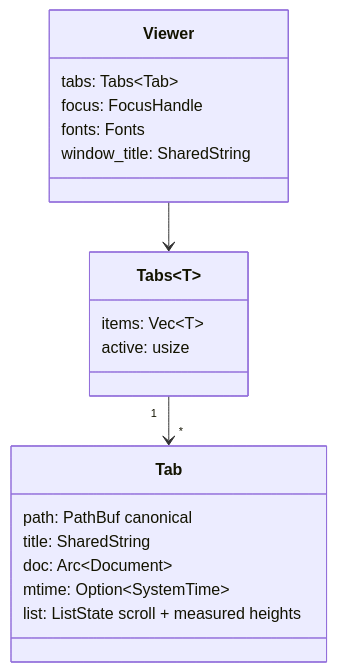
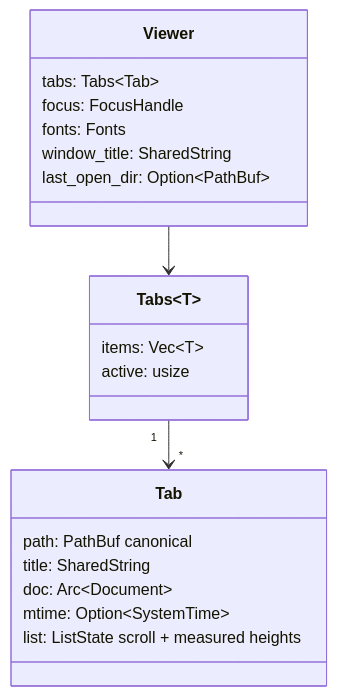
The third of 6 diagrams in docs/architecture.md (JorgeAgar/markdown-viewer-zed), drawn with Mermaid before and after one commit. The commit also changed other lines of this file and 9 other files, not shown here.

````diff
--- a/docs/architecture.md
+++ b/docs/architecture.md
@@ -149,22 +149,23 @@
 ```mermaid
 classDiagram
     class Viewer {
         tabs: Tabs~Tab~
         focus: FocusHandle
         fonts: Fonts
         window_title: SharedString
+        last_open_dir: Option~PathBuf~
     }
     class Tab {
         path: PathBuf  canonical
         title: SharedString
         doc: Arc~Document~
         mtime: Option~SystemTime~
         list: ListState  scroll + measured heights
     }
     class Tabs~T~ {
         items: Vec~T~
         active: usize
     }
     Viewer --> Tabs
     Tabs "1" --> "*" Tab
 ```
````
